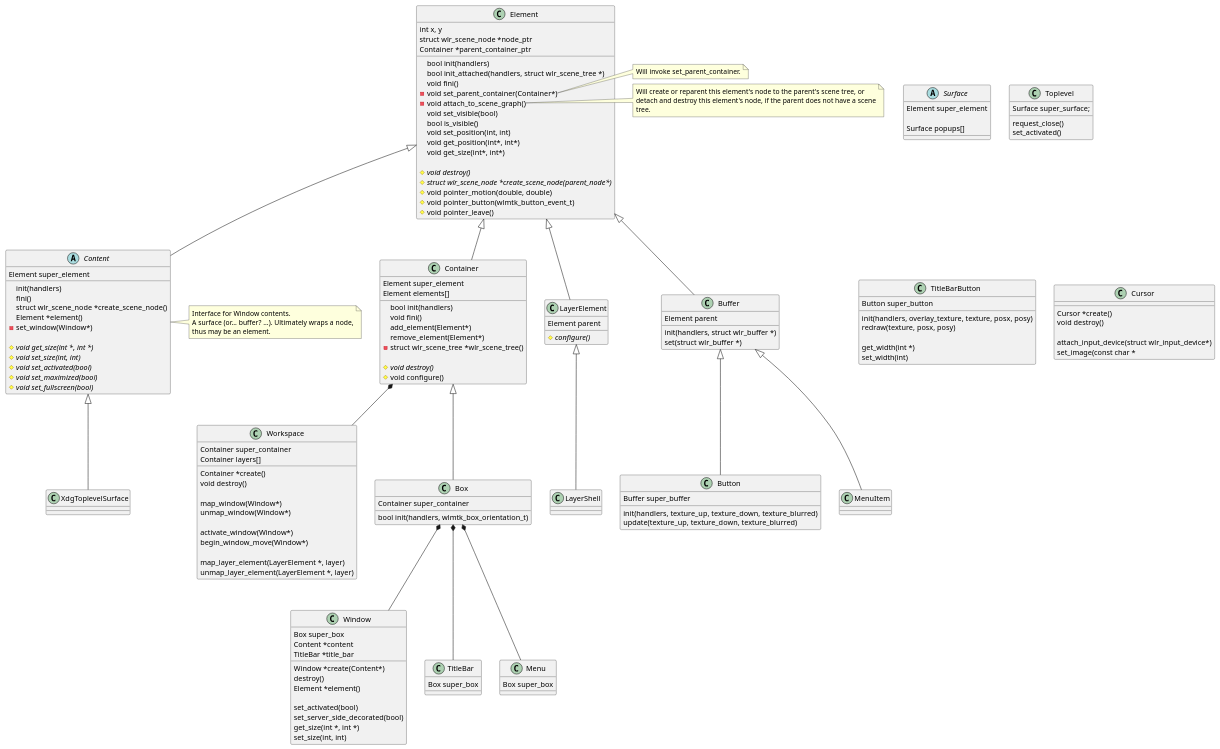
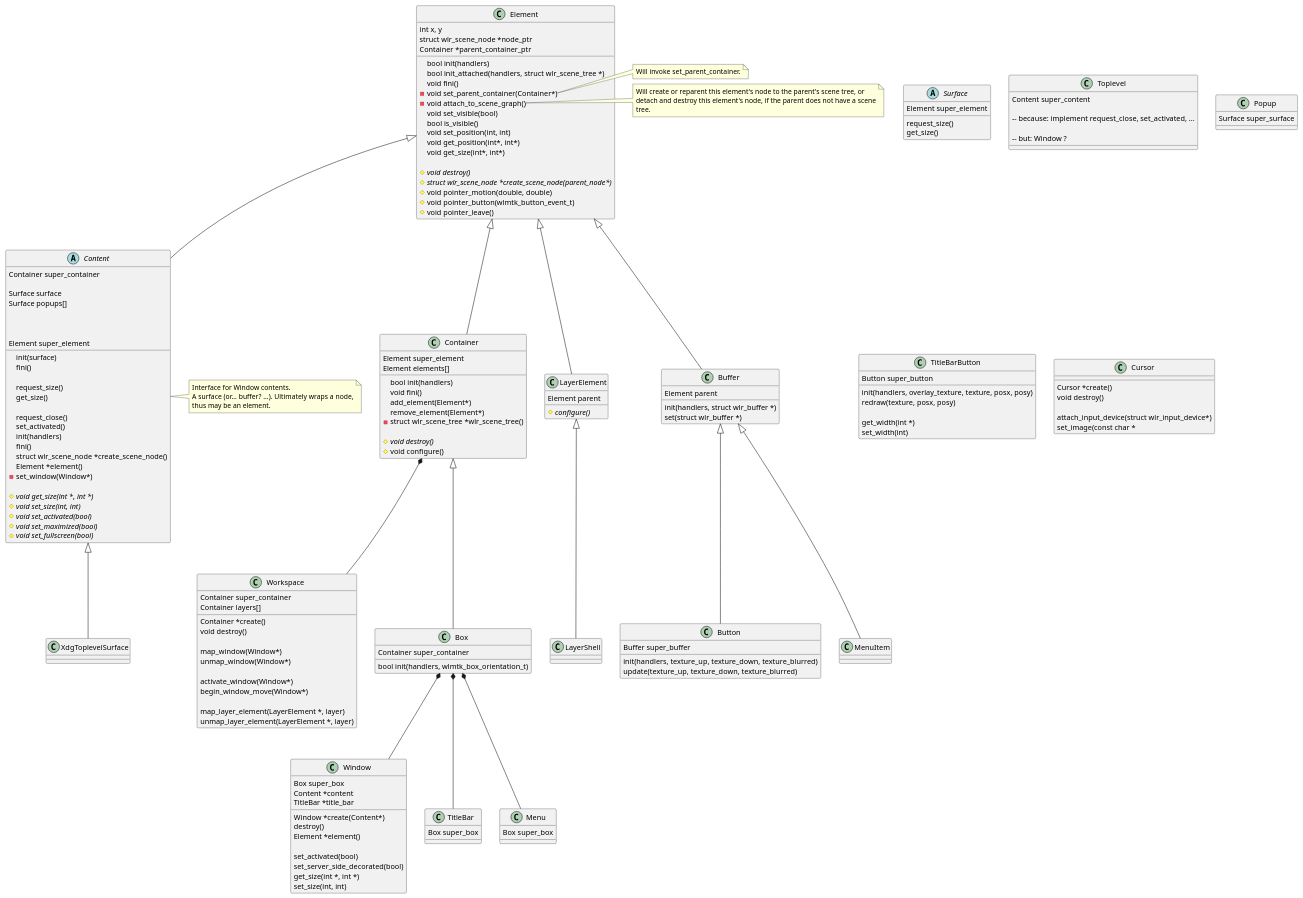
One commit to phkaeser/wlmaker changed the first of 2 diagrams in src/toolkit/toolkit.md. Above: the diagram before and after it, drawn with PlantUML. The commit also changed 3 other files, not shown here.

Commit message:
Rebases XDG toplevel off content, rather than surface.

```diff
--- a/src/toolkit/toolkit.md
+++ b/src/toolkit/toolkit.md
@@ -99,18 +99,45 @@
 }
 Container <|-- Box
 
+
+
 abstract class Surface {
   Element super_element
-  
-  Surface popups[]
+
+  request_size()
+  get_size()
 }
 
 
-class Toplevel {
-  Surface super_surface;
+abstract class Content {
+  Container super_container
+  
+  Surface surface
+  Surface popups[]
+  
+  init(surface)
+  fini()
+  
+  request_size()
+  get_size()
   
   request_close()
   set_activated()
+}
+
+
+
+
+class Toplevel {
+  Content super_content
+  
+  -- because: implement request_close, set_activated, ...
+  
+  -- but: Window ?
+}
+
+class Popup {
+  Surface super_surface
 }
 
 
```
